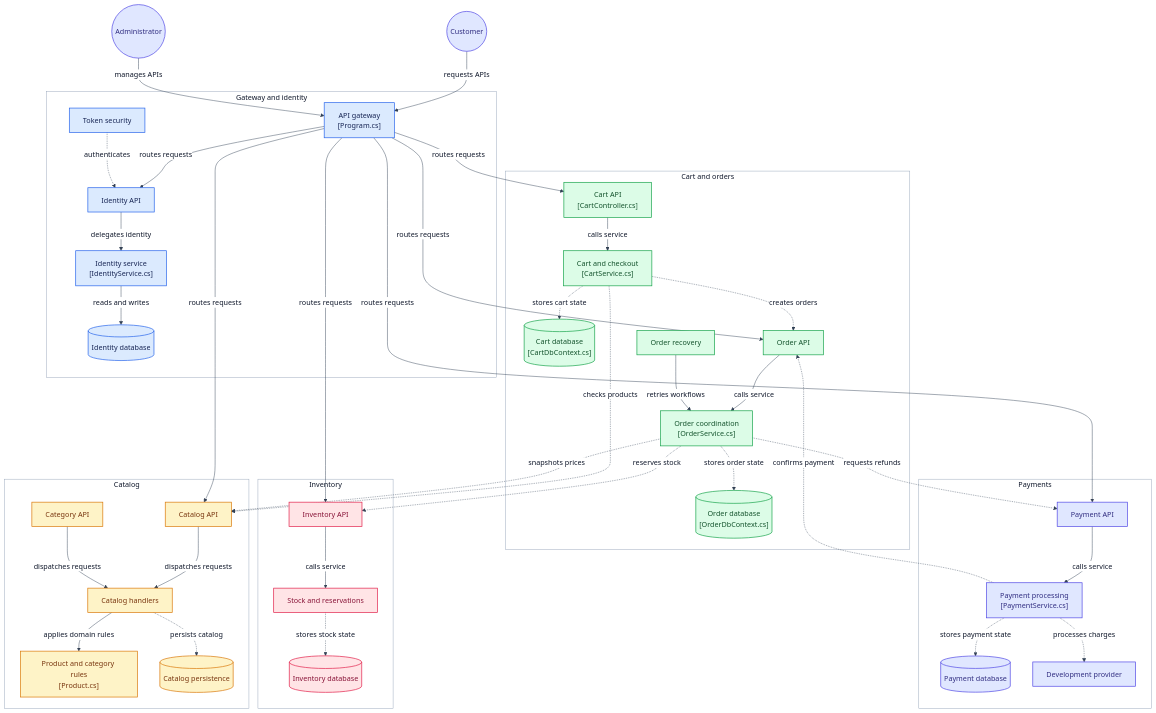
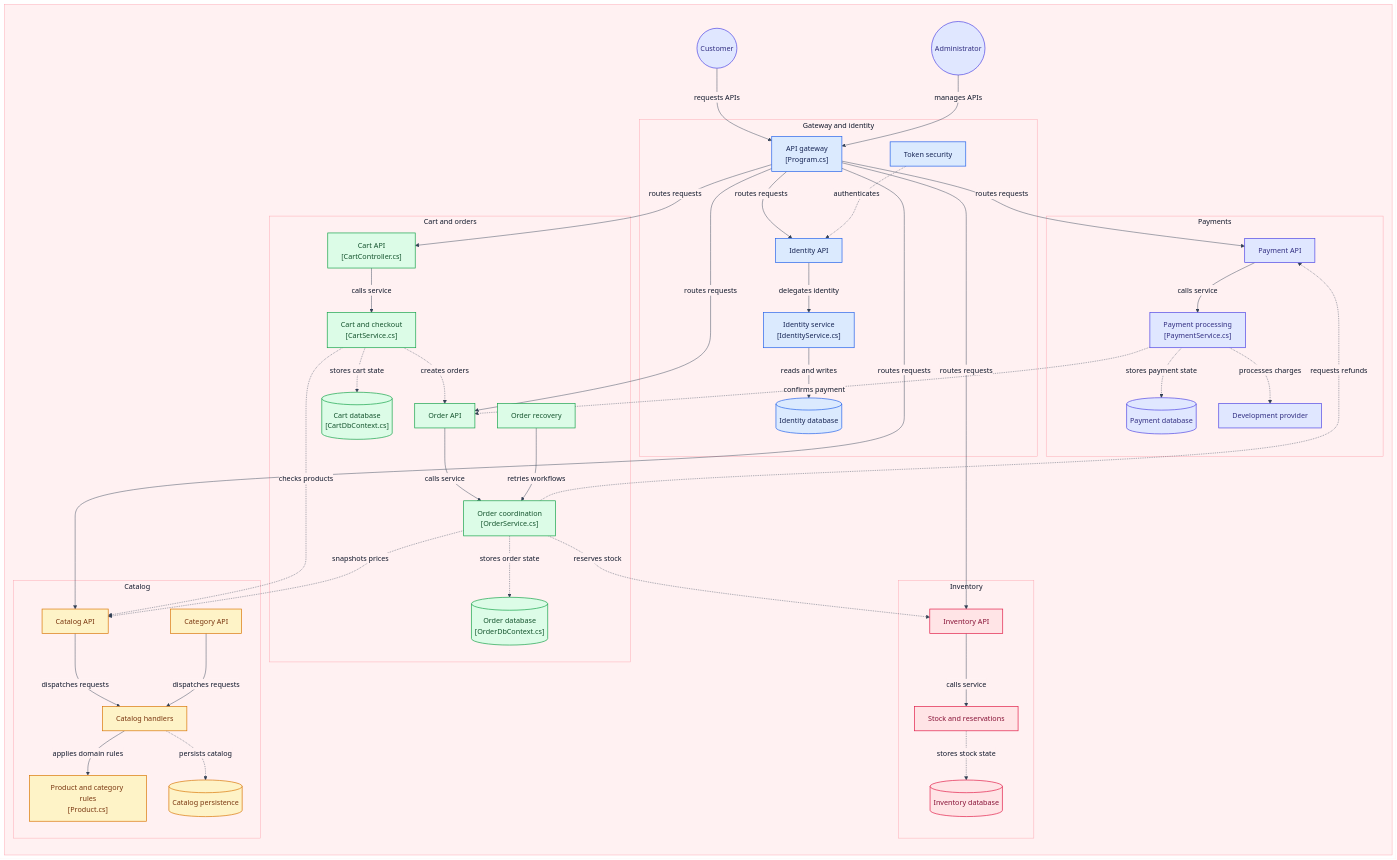
Before and after one commit to aliyavarguluzada/ECommerce: the diagram in README.md, drawn with Mermaid.

Commit message:
Refresh Mermaid architecture overview
Updated README.md architecture diagram to reflect the current system layout, add the architecture_canvas wrapper, revise styling and colors, and make gateway, identity, and security elements clickable.

```diff
--- a/README.md
+++ b/README.md
@@ -11,18 +11,21 @@
   theme: base
   themeVariables:
     darkMode: false
-    background: '#ffffff'
+    background: '#fff1f2'
     primaryTextColor: '#0f172a'
     secondaryTextColor: '#0f172a'
     tertiaryTextColor: '#0f172a'
     lineColor: '#334155'
     textColor: '#0f172a'
-    clusterBkg: '#ffffff'
-    clusterBorder: '#94a3b8'
-    edgeLabelBackground: '#ffffff'
+    clusterBkg: '#fff1f2'
+    clusterBorder: '#fda4af'
+    edgeLabelBackground: '#fff1f2'
 ---
 %% Generated by https://gitdiagram.com/aliyavarguluzada/ecommerce
 flowchart TD
+
+subgraph architecture_canvas[" "]
+direction TD
 
 subgraph group_entry["Gateway and identity"]
   node_gateway["API gateway<br/>[Program.cs]"]
@@ -98,6 +101,9 @@
 node_payment_service -.->|"processes charges"| node_payment_provider
 node_payment_service -.->|"confirms payment"| node_order_api
 
+end
+style architecture_canvas fill:#fff1f2,stroke:#fda4af,stroke-width:1px,color:#0f172a
+
 click node_gateway "https://github.com/aliyavarguluzada/ecommerce/blob/master/ECommerce.ApiGateway/Program.cs"
 click node_identity_api "https://github.com/aliyavarguluzada/ecommerce/blob/master/ECommerce.Identity.Api/Controllers/IdentityController.cs"
 click node_identity_service "https://github.com/aliyavarguluzada/ecommerce/blob/master/ECommerce.Identity.Infrastructure/IdentityService.cs"
```
